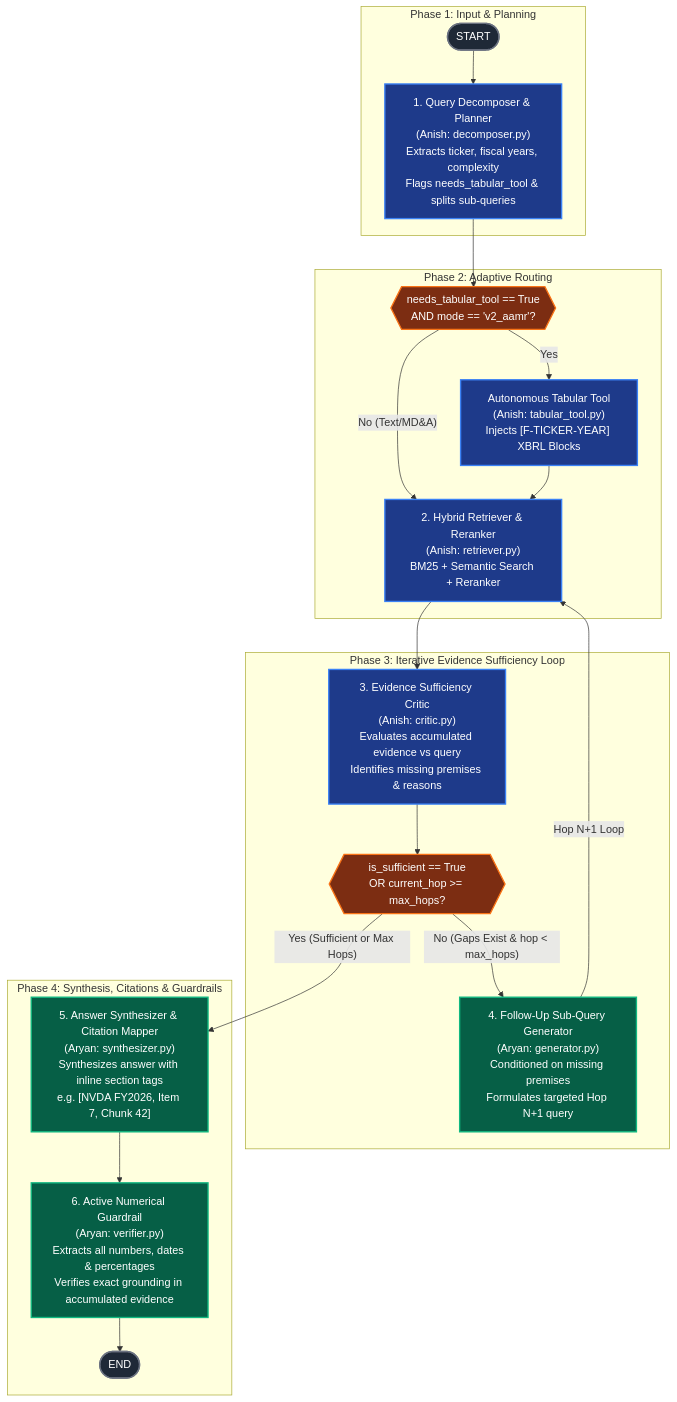
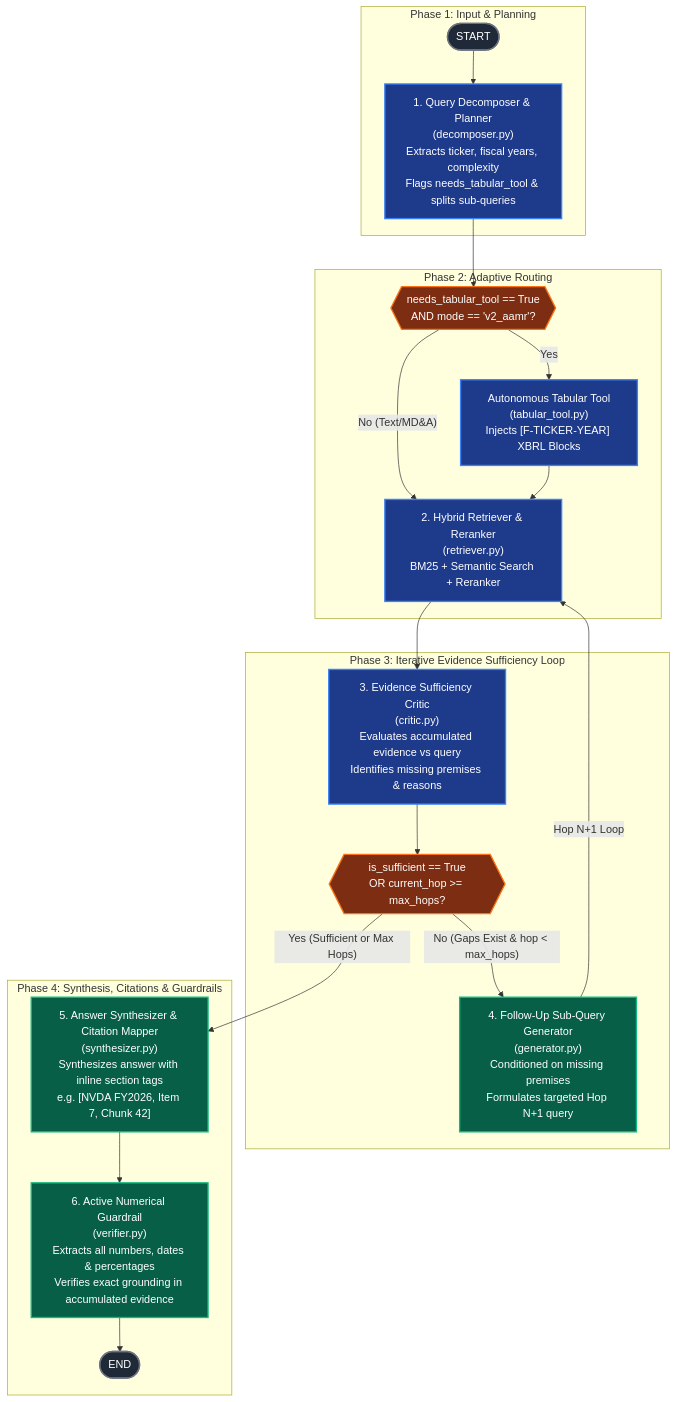
The second of 2 diagrams in ARCHITECTURE.md (AmandaTSY99/cs614_group8), drawn with Mermaid before and after one commit. The commit also changed other lines of this file and 41 other files, not shown here.

````diff
--- a/ARCHITECTURE.md
+++ b/ARCHITECTURE.md
@@ -33,37 +33,37 @@
 ```mermaid
 flowchart TD
     subgraph START_PHASE["Phase 1: Input & Planning"]
-        S([START]) --> DEC["1. Query Decomposer & Planner\n(Anish: decomposer.py)\nExtracts ticker, fiscal years, complexity\nFlags needs_tabular_tool & splits sub-queries"]
+        S([START]) --> DEC["1. Query Decomposer & Planner\n(decomposer.py)\nExtracts ticker, fiscal years, complexity\nFlags needs_tabular_tool & splits sub-queries"]
     end
 
     subgraph ROUTING_PHASE["Phase 2: Adaptive Routing"]
         DEC --> COND1{{"needs_tabular_tool == True\nAND mode == 'v2_aamr'?"}}
-        COND1 -- Yes --> TAB["Autonomous Tabular Tool\n(Anish: tabular_tool.py)\nInjects [F-TICKER-YEAR] XBRL Blocks"]
-        COND1 -- No (Text/MD&A) --> RET["2. Hybrid Retriever & Reranker\n(Anish: retriever.py)\nBM25 + Semantic Search + Reranker"]
+        COND1 -- Yes --> TAB["Autonomous Tabular Tool\n(tabular_tool.py)\nInjects [F-TICKER-YEAR] XBRL Blocks"]
+        COND1 -- No (Text/MD&A) --> RET["2. Hybrid Retriever & Reranker\n(retriever.py)\nBM25 + Semantic Search + Reranker"]
         TAB --> RET
     end
 
     subgraph LOOP_PHASE["Phase 3: Iterative Evidence Sufficiency Loop"]
-        RET --> CRT["3. Evidence Sufficiency Critic\n(Anish: critic.py)\nEvaluates accumulated evidence vs query\nIdentifies missing premises & reasons"]
+        RET --> CRT["3. Evidence Sufficiency Critic\n(critic.py)\nEvaluates accumulated evidence vs query\nIdentifies missing premises & reasons"]
         CRT --> COND2{{"is_sufficient == True\nOR current_hop >= max_hops?"}}
         
-        COND2 -- "No (Gaps Exist & hop < max_hops)" --> GEN["4. Follow-Up Sub-Query Generator\n(Aryan: generator.py)\nConditioned on missing premises\nFormulates targeted Hop N+1 query"]
+        COND2 -- "No (Gaps Exist & hop < max_hops)" --> GEN["4. Follow-Up Sub-Query Generator\n(generator.py)\nConditioned on missing premises\nFormulates targeted Hop N+1 query"]
         GEN -->|Hop N+1 Loop| RET
     end
 
     subgraph SYNTHESIS_PHASE["Phase 4: Synthesis, Citations & Guardrails"]
-        COND2 -- "Yes (Sufficient or Max Hops)" --> SYN["5. Answer Synthesizer & Citation Mapper\n(Aryan: synthesizer.py)\nSynthesizes answer with inline section tags\ne.g. [NVDA FY2026, Item 7, Chunk 42]"]
-        SYN --> GRD["6. Active Numerical Guardrail\n(Aryan: verifier.py)\nExtracts all numbers, dates & percentages\nVerifies exact grounding in accumulated evidence"]
+        COND2 -- "Yes (Sufficient or Max Hops)" --> SYN["5. Answer Synthesizer & Citation Mapper\n(synthesizer.py)\nSynthesizes answer with inline section tags\ne.g. [NVDA FY2026, Item 7, Chunk 42]"]
+        SYN --> GRD["6. Active Numerical Guardrail\n(verifier.py)\nExtracts all numbers, dates & percentages\nVerifies exact grounding in accumulated evidence"]
         GRD --> E([END])
     end
 
-    classDef anishNode fill:#1e3a8a,stroke:#3b82f6,stroke-width:2px,color:#ffffff;
-    classDef aryanNode fill:#065f46,stroke:#10b981,stroke-width:2px,color:#ffffff;
+    classDef planNode fill:#1e3a8a,stroke:#3b82f6,stroke-width:2px,color:#ffffff;
+    classDef synthNode fill:#065f46,stroke:#10b981,stroke-width:2px,color:#ffffff;
     classDef routeNode fill:#7c2d12,stroke:#f97316,stroke-width:2px,color:#ffffff;
     classDef ioNode fill:#1f2937,stroke:#6b7280,stroke-width:2px,color:#ffffff;
 
-    class DEC,RET,CRT,TAB anishNode;
-    class GEN,SYN,GRD aryanNode;
+    class DEC,RET,CRT,TAB planNode;
+    class GEN,SYN,GRD synthNode;
     class COND1,COND2 routeNode;
     class S,E ioNode;
 ```
````
